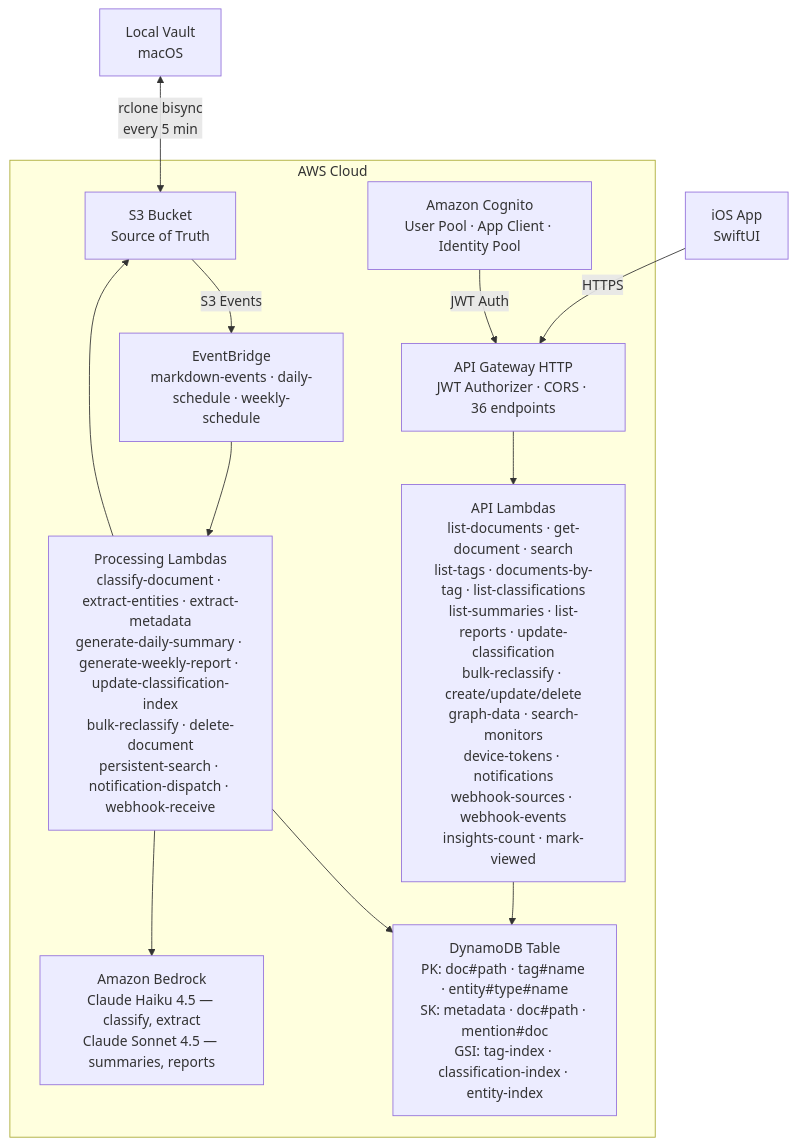
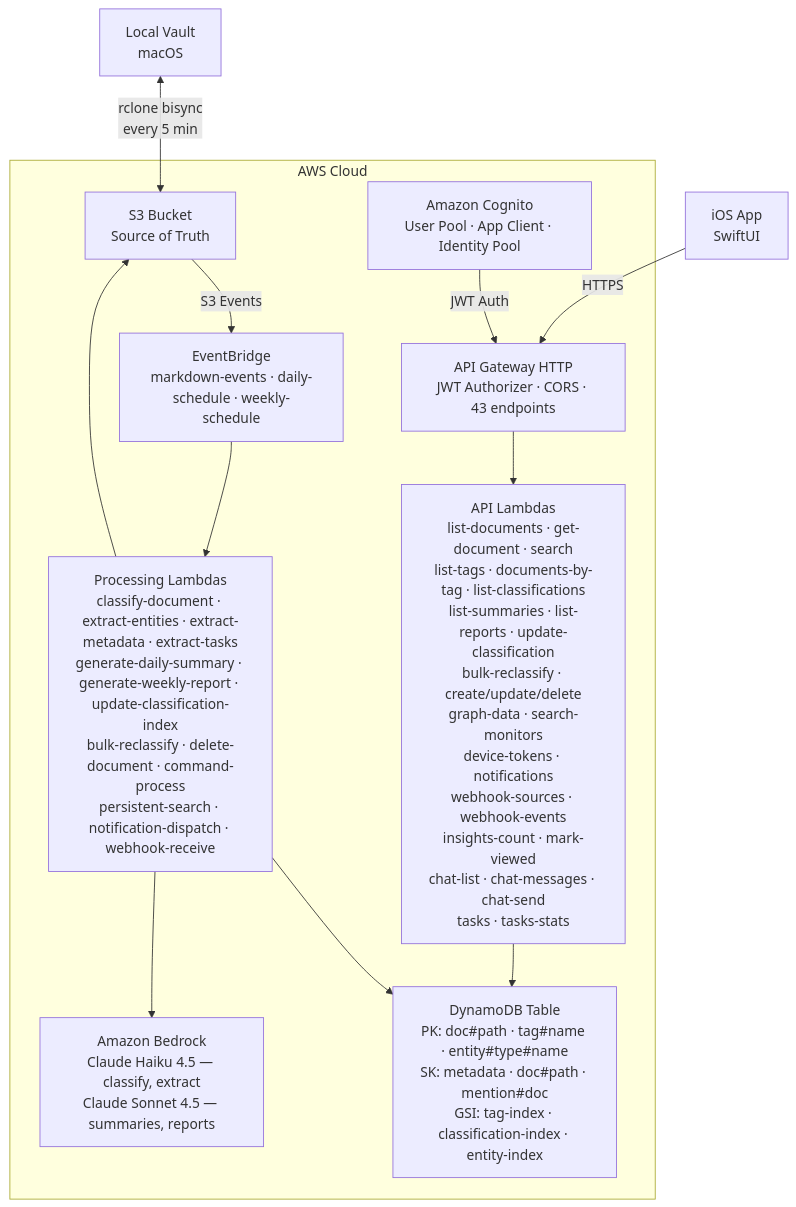
One commit to spaceba-by/pkm changed the diagram in docs/architecture.md. Above: the diagram before and after it, drawn with Mermaid. The commit also changed other lines of this file and 4 other files, not shown here.

````diff
--- a/docs/architecture.md
+++ b/docs/architecture.md
@@ -9,23 +9,23 @@
 ```mermaid
 graph TD
     Vault[Local Vault<br/>macOS] <-->|rclone bisync<br/>every 5 min| S3
     iOS[iOS App<br/>SwiftUI] -->|HTTPS| APIGW
 
     subgraph AWS[AWS Cloud]
         S3[S3 Bucket<br/>Source of Truth]
         Cognito[Amazon Cognito<br/>User Pool · App Client · Identity Pool]
 
         S3 -->|S3 Events| EB[EventBridge<br/>markdown-events · daily-schedule · weekly-schedule]
-        Cognito -->|JWT Auth| APIGW[API Gateway HTTP<br/>JWT Authorizer · CORS · 36 endpoints]
+        Cognito -->|JWT Auth| APIGW[API Gateway HTTP<br/>JWT Authorizer · CORS · 43 endpoints]
 
-        EB --> ProcLambda[Processing Lambdas<br/>classify-document · extract-entities · extract-metadata<br/>generate-daily-summary · generate-weekly-report · update-classification-index<br/>bulk-reclassify · delete-document<br/>persistent-search · notification-dispatch · webhook-receive]
+        EB --> ProcLambda[Processing Lambdas<br/>classify-document · extract-entities · extract-metadata · extract-tasks<br/>generate-daily-summary · generate-weekly-report · update-classification-index<br/>bulk-reclassify · delete-document · command-process<br/>persistent-search · notification-dispatch · webhook-receive]
 
-        APIGW --> APILambda[API Lambdas<br/>list-documents · get-document · search<br/>list-tags · documents-by-tag · list-classifications<br/>list-summaries · list-reports · update-classification<br/>bulk-reclassify · create/update/delete<br/>graph-data · search-monitors<br/>device-tokens · notifications<br/>webhook-sources · webhook-events<br/>insights-count · mark-viewed]
+        APIGW --> APILambda[API Lambdas<br/>list-documents · get-document · search<br/>list-tags · documents-by-tag · list-classifications<br/>list-summaries · list-reports · update-classification<br/>bulk-reclassify · create/update/delete<br/>graph-data · search-monitors<br/>device-tokens · notifications<br/>webhook-sources · webhook-events<br/>insights-count · mark-viewed<br/>chat-list · chat-messages · chat-send<br/>tasks · tasks-stats]
 
         ProcLambda --> DynamoDB[DynamoDB Table<br/>PK: doc#path · tag#name · entity#type#name<br/>SK: metadata · doc#path · mention#doc<br/>GSI: tag-index · classification-index · entity-index]
         APILambda --> DynamoDB
         ProcLambda --> S3
 
         ProcLambda --> Bedrock[Amazon Bedrock<br/>Claude Haiku 4.5 — classify, extract<br/>Claude Sonnet 4.5 — summaries, reports]
     end
 ```
````
